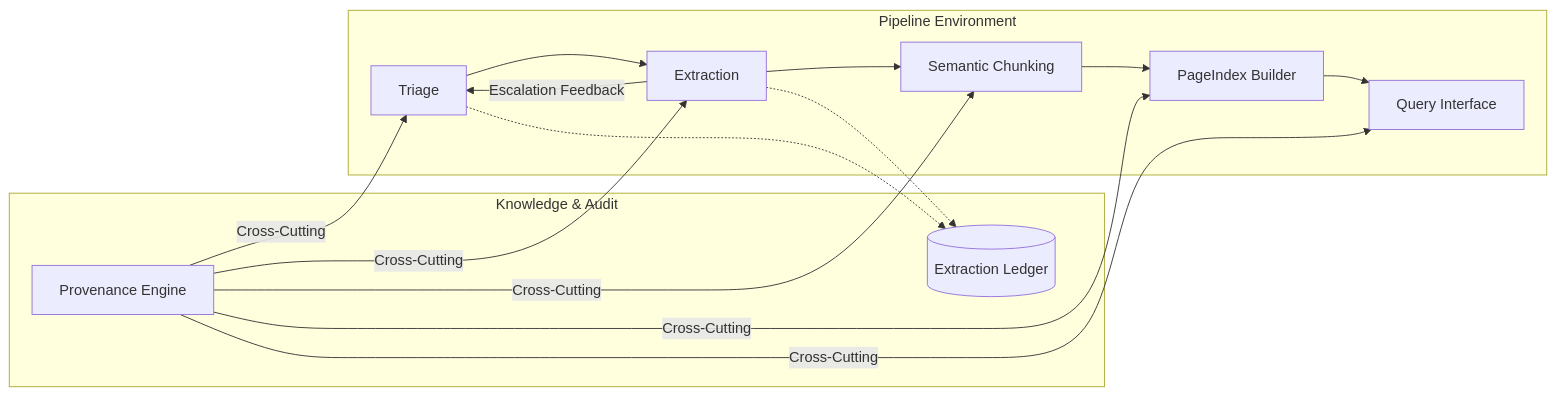
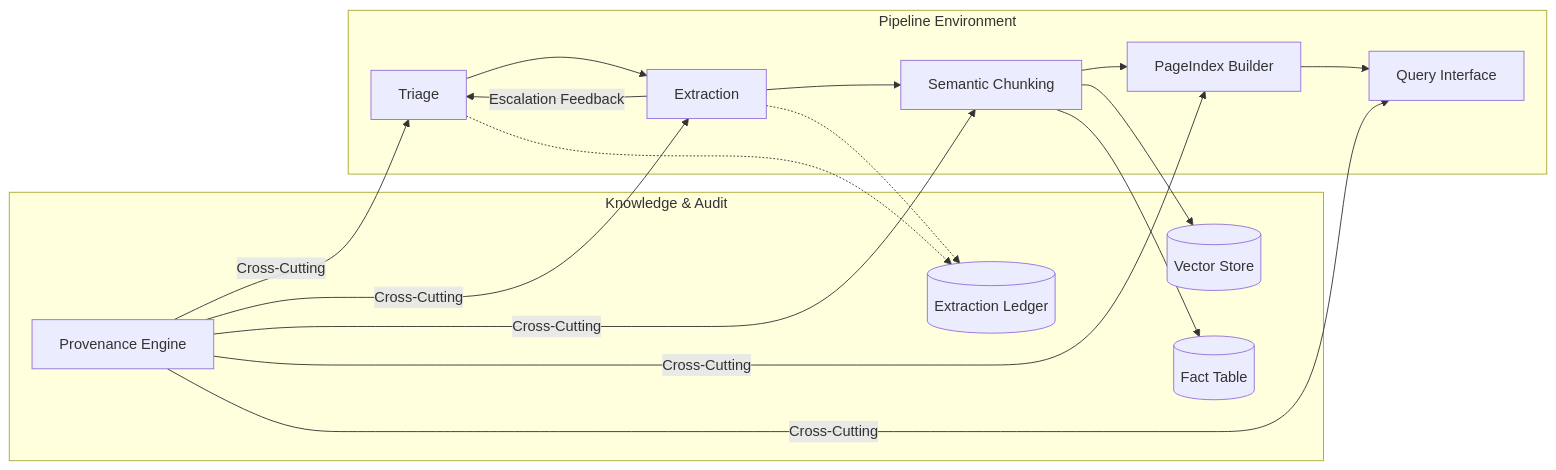
The second of 2 diagrams in report.md (ruthasoll/The-Document-Intelligence-Refinery), drawn with Mermaid before and after one commit. The commit also changed other lines of this file and 28 other files, not shown here.

````diff
--- a/report.md
+++ b/report.md
@@ -55,19 +55,23 @@
 ```mermaid
 graph LR
     subgraph "Pipeline Environment"
         T[Triage] --> E[Extraction]
         E --> C[Semantic Chunking]
         C --> I[PageIndex Builder]
         I --> Q[Query Interface]
     end
     
     subgraph "Knowledge & Audit"
         L[(Extraction Ledger)]
         P[Provenance Engine]
+        V[(Vector Store)]
+        F[(Fact Table)]
     end
     
     E -.-> L
     T -.-> L
     E -- Escalation Feedback --> T
     P -- Cross-Cutting --> T & E & C & I & Q
+    C --> V
+    C --> F
 ```
````
